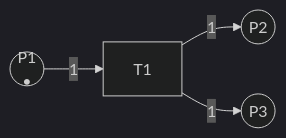
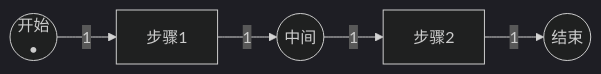
One commit to AdaMartin18010/GraphNetWorkCommunicate changed the first of 10 diagrams in docs/10-Petri网理论/01-基础理论/02-图形表示.md. Above: the diagram before and after it, drawn with Mermaid (dark theme). The commit also changed other lines of this file and 95 other files, not shown here.

````diff
--- a/docs/10-Petri网理论/01-基础理论/02-图形表示.md
+++ b/docs/10-Petri网理论/01-基础理论/02-图形表示.md
@@ -29,6 +148,7 @@
 ```mermaid
 graph LR
-    P1((P1<br/>•)) -->|1| T1[T1]
-    T1 -->|1| P2((P2))
-    T1 -->|1| P3((P3))
+    P1((开始<br/>•)) -->|1| T1[步骤1]
+    T1 -->|1| P2((中间))
+    P2 -->|1| T2[步骤2]
+    T2 -->|1| P3((结束))
 ```
````
